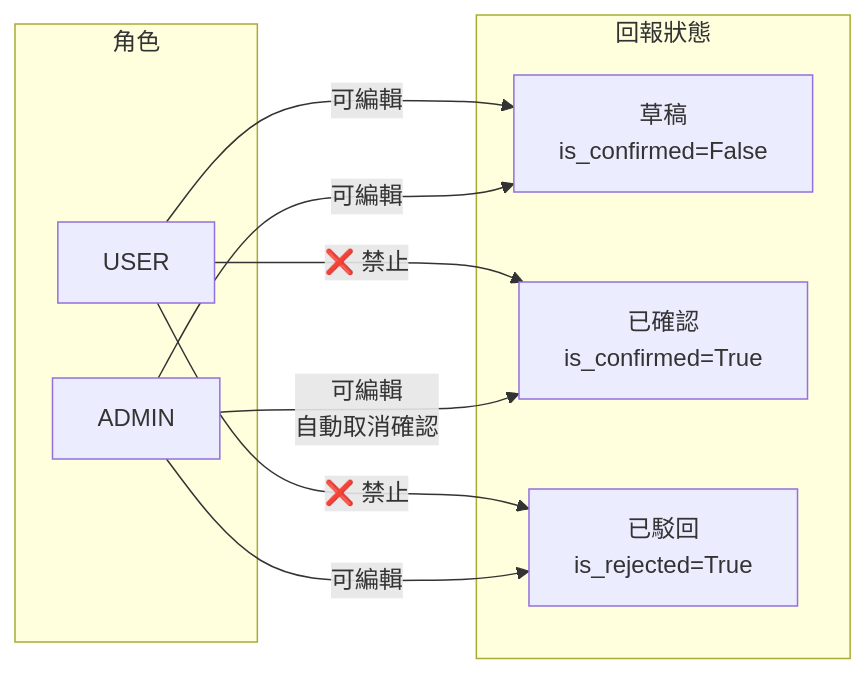
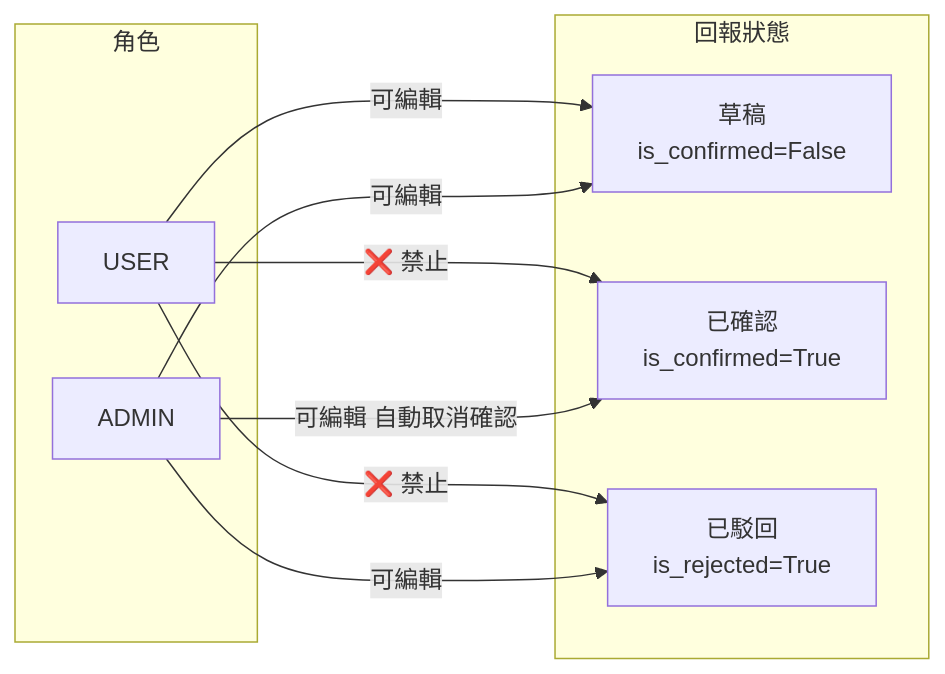
The third of 6 diagrams in report_flowchart.md (pitaya943/daily-report-system), drawn with Mermaid before and after one commit. The commit also changed other lines of this file, not shown here.

Commit message:
fix: Mermaid flowchart 語法錯誤 - confirm() 節點加引號、edge label 移除\n

````diff
--- a/report_flowchart.md
+++ b/report_flowchart.md
@@ -106,20 +106,20 @@
 ```mermaid
 flowchart LR
     subgraph 角色
         U[USER]
         A[ADMIN]
     end
 
     subgraph 回報狀態
         D[草稿\nis_confirmed=False]
         C[已確認\nis_confirmed=True]
         R[已駁回\nis_rejected=True]
     end
 
     U -->|可編輯| D
     U -->|❌ 禁止| C
     U -->|❌ 禁止| R
     A -->|可編輯| D
-    A -->|可編輯\n自動取消確認| C
+    A -->|可編輯 自動取消確認| C
     A -->|可編輯| R
 ```
````
